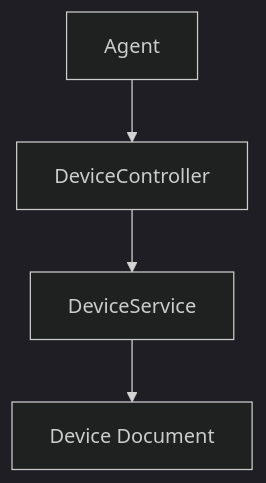
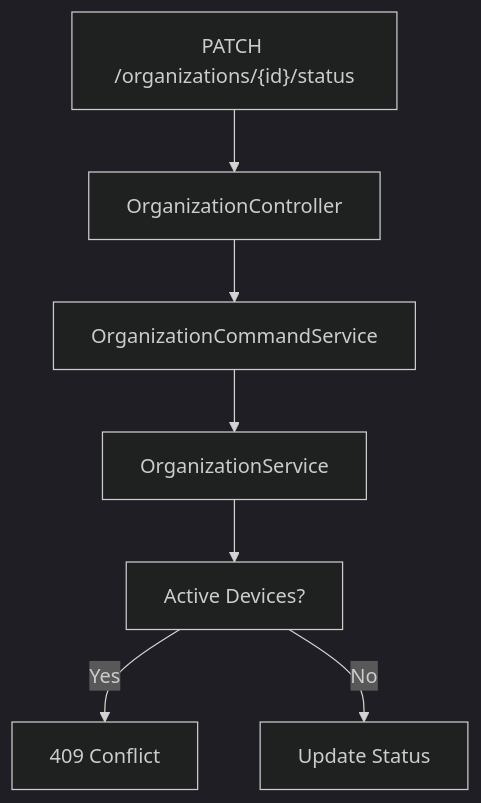
One commit to flamingo-stack/openframe-oss-lib changed the diagram in docs/diagrams/architecture/api-service-core-rest-controllers-4.mmd. Above: the diagram before and after it, drawn with Mermaid (dark theme). The commit also changed 1809 other files, not shown here.

```diff
--- a/docs/diagrams/architecture/api-service-core-rest-controllers-4.mmd
+++ b/docs/diagrams/architecture/api-service-core-rest-controllers-4.mmd
@@ -1,4 +1,7 @@
 flowchart TD
-    Agent["Agent"] --> Controller["DeviceController"]
-    Controller --> Service["DeviceService"]
-    Service --> DeviceDoc["Device Document"]
+    Request["PATCH /organizations/{id}/status"] --> Controller["OrganizationController"]
+    Controller --> CommandService["OrganizationCommandService"]
+    CommandService --> DomainService["OrganizationService"]
+    DomainService --> Check["Active Devices?"]
+    Check -->|"Yes"| Conflict["409 Conflict"]
+    Check -->|"No"| Update["Update Status"]
```
